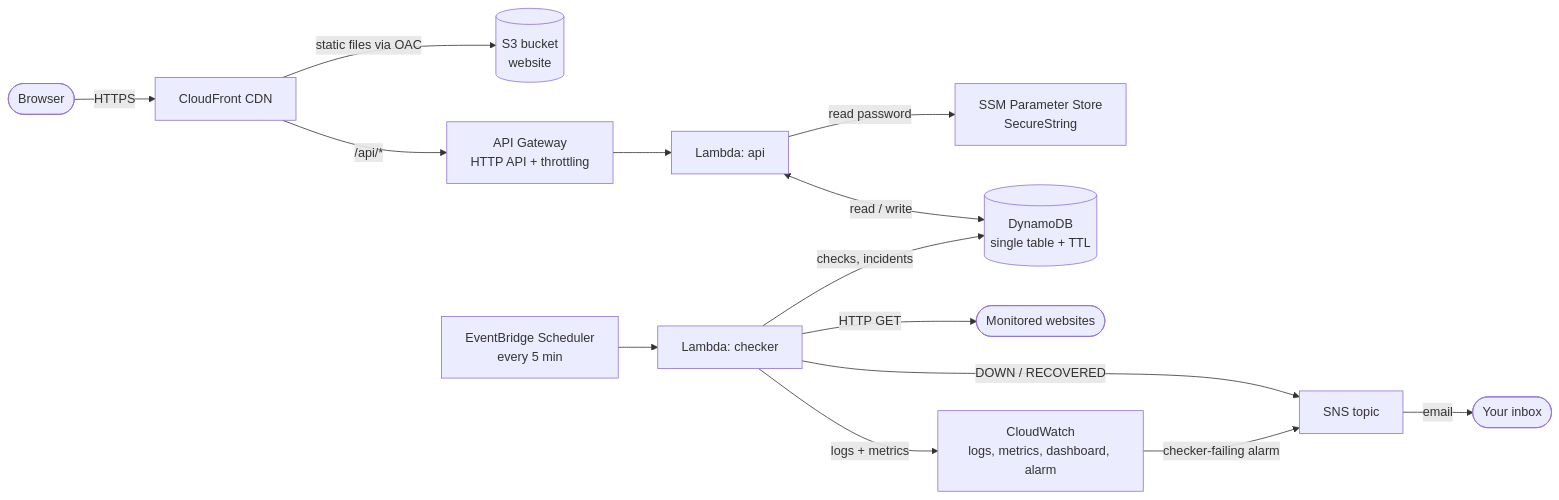
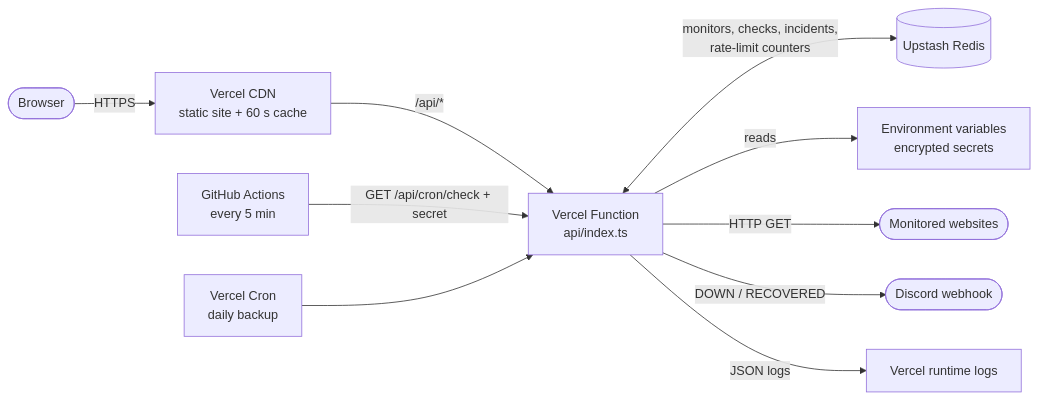
One commit to murk27/cloudpulse changed the diagram in README.md. Above: the diagram before and after it, drawn with Mermaid. The commit also changed other lines of this file and 47 other files, not shown here.

First line of the commit message:
Port to Vercel: one Vercel Function, Upstash Redis, GitHub Actions scheduler, Discord alerts

````diff
--- a/README.md
+++ b/README.md
@@ -31,16 +37,12 @@
 ```mermaid
 flowchart LR
-  user([Browser]) -->|HTTPS| cf[CloudFront CDN]
-  cf -->|static files via OAC| s3[(S3 bucket<br/>website)]
-  cf -->|/api/*| apigw[API Gateway<br/>HTTP API + throttling]
-  apigw --> api[Lambda: api]
-  api -->|read password| ssm[SSM Parameter Store<br/>SecureString]
-  api <-->|read / write| ddb[(DynamoDB<br/>single table + TTL)]
-  sched[EventBridge Scheduler<br/>every 5 min] --> checker[Lambda: checker]
-  checker -->|HTTP GET| sites([Monitored websites])
-  checker -->|checks, incidents| ddb
-  checker -->|DOWN / RECOVERED| sns[SNS topic]
-  sns -->|email| inbox([Your inbox])
-  checker -->|logs + metrics| cw[CloudWatch<br/>logs, metrics, dashboard, alarm]
-  cw -->|checker-failing alarm| sns
+  user([Browser]) -->|HTTPS| cdn[Vercel CDN<br/>static site + 60 s cache]
+  cdn -->|/api/*| fn[Vercel Function<br/>api/index.ts]
+  gha[GitHub Actions<br/>every 5 min] -->|GET /api/cron/check + secret| fn
+  vcron[Vercel Cron<br/>daily backup] --> fn
+  fn <-->|monitors, checks, incidents,<br/>rate-limit counters| redis[(Upstash Redis)]
+  fn -->|reads| env[Environment variables<br/>encrypted secrets]
+  fn -->|HTTP GET| sites([Monitored websites])
+  fn -->|DOWN / RECOVERED| discord([Discord webhook])
+  fn -->|JSON logs| logs[Vercel runtime logs]
 ```
````
